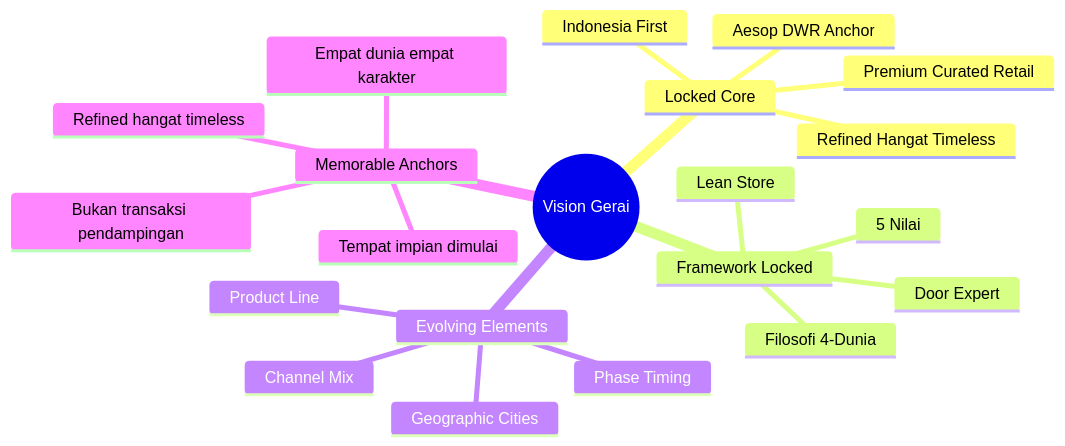
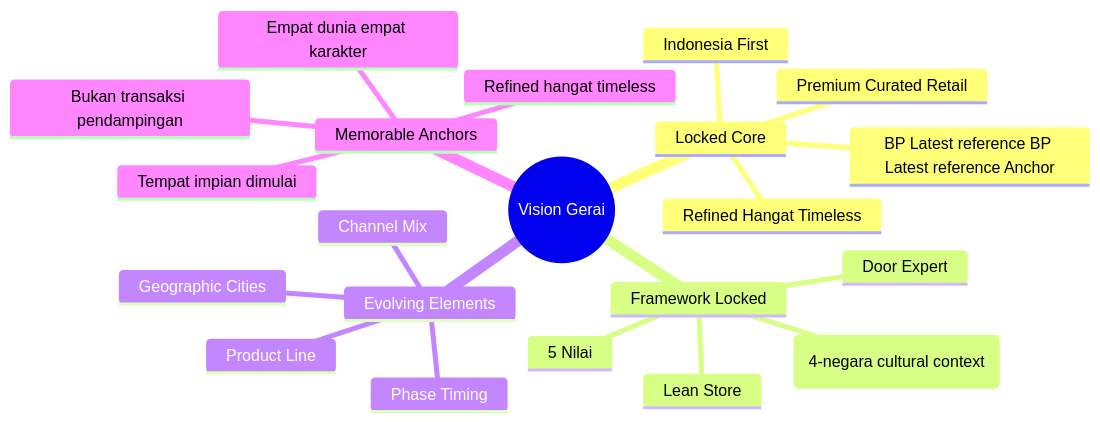
Before and after one commit to MahewAi/Mahew: the second of 2 diagrams in librechat-deploy/skills/atmaja/vision-articulation.md, drawn with Mermaid. The commit also changed other lines of this file and 80 other files, not shown here.

````diff
--- a/librechat-deploy/skills/atmaja/vision-articulation.md
+++ b/librechat-deploy/skills/atmaja/vision-articulation.md
@@ -361,24 +361,24 @@
 ```mermaid
 mindmap
   root((Vision Gerai))
     Locked Core
       Premium Curated Retail
       Indonesia First
       Refined Hangat Timeless
-      Aesop DWR Anchor
+      BP Latest reference BP Latest reference Anchor
     Framework Locked
-      Filosofi 4-Dunia
+      Filosofi Dunia Pintu (4-negara cultural context)
       Lean Store
       5 Nilai
       Door Expert
     Evolving Elements
       Phase Timing
       Geographic Cities
       Product Line
       Channel Mix
     Memorable Anchors
       Tempat impian dimulai
       Empat dunia empat karakter
       Bukan transaksi pendampingan
       Refined hangat timeless
 ```
````
